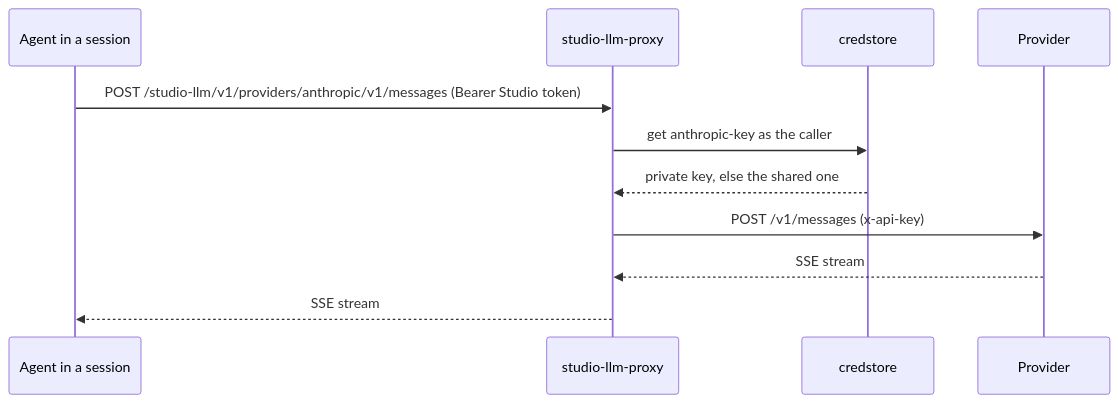
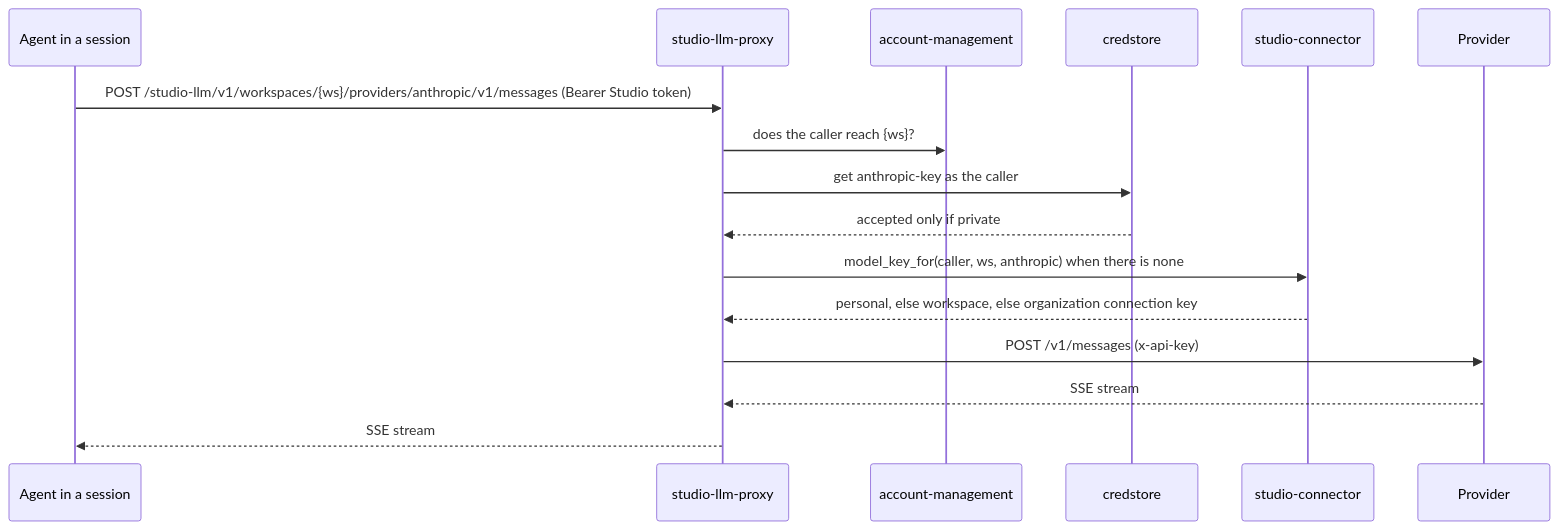
One commit to AndrejK666/studio-web changed the diagram in docs/design/studio-llm-proxy.md. Above: the diagram before and after it, drawn with Mermaid. The commit also changed other lines of this file and 105 other files, not shown here.

````diff
--- a/docs/design/studio-llm-proxy.md
+++ b/docs/design/studio-llm-proxy.md
@@ -280,13 +315,18 @@
 ```mermaid
 sequenceDiagram
     participant A as Agent in a session
     participant P as studio-llm-proxy
+    participant M as account-management
     participant C as credstore
+    participant K as studio-connector
     participant U as Provider
-    A->>P: POST /studio-llm/v1/providers/anthropic/v1/messages (Bearer Studio token)
+    A->>P: POST /studio-llm/v1/workspaces/{ws}/providers/anthropic/v1/messages (Bearer Studio token)
+    P->>M: does the caller reach {ws}?
     P->>C: get anthropic-key as the caller
-    C-->>P: private key, else the shared one
+    C-->>P: accepted only if private
+    P->>K: model_key_for(caller, ws, anthropic) when there is none
+    K-->>P: personal, else workspace, else organization connection key
     P->>U: POST /v1/messages (x-api-key)
     U-->>P: SSE stream
     P-->>A: SSE stream
 ```
````
